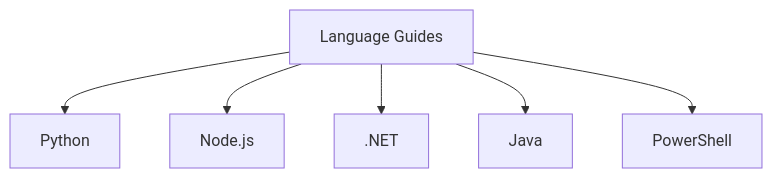
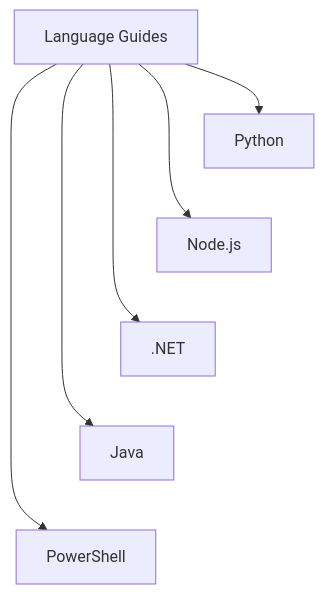
Before and after one commit to yeongseon/azure-functions-practical-guide: the diagram in docs/language-guides/index.md, drawn with Mermaid. The commit also changed 1 other file, not shown here.

Commit message:
docs(diagrams): improve language guide navigation readability (#483)
* docs(diagrams): improve language guide navigation readability

Keep every language destination and index relationship with accessible metadata.

Refs #307

````diff
--- a/docs/language-guides/index.md
+++ b/docs/language-guides/index.md
@@ -34,8 +34,15 @@
 ```mermaid
 flowchart TD
+    accTitle: Language guide navigation map
+    accDescr: This guide's language sections are Python, Node.js, .NET, Java and PowerShell. Each arrow leads from the Language Guides index to a language section; the vertical arrangement does not prescribe a learning order between languages.
     LG[Language Guides] --> P[Python]
     LG --> N[Node.js]
     LG --> D[.NET]
     LG --> J[Java]
     LG --> PS[PowerShell]
+    %% Layout-only links tier the destinations; they add no reading steps or semantic arrows.
+    P ~~~ N
+    N ~~~ D
+    D ~~~ J
+    J ~~~ PS
 ```
````
